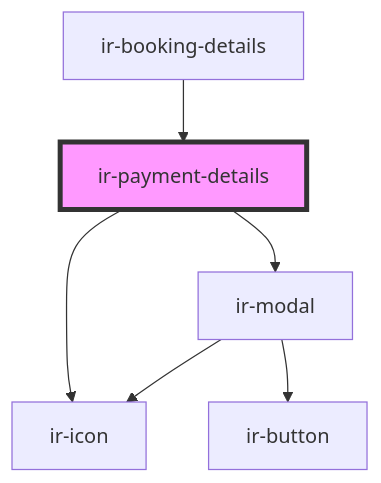
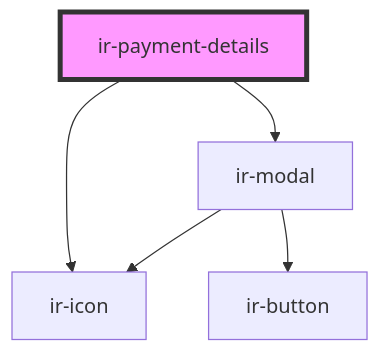
One commit to RonyRizk/ir-webcmp changed the diagram in src/components/ir-booking-details/ir-payment-details/readme.md. Above: the diagram before and after it, drawn with Mermaid. The commit also changed other lines of this file and 55 other files, not shown here.

````diff
--- a/src/components/ir-booking-details/ir-payment-details/readme.md
+++ b/src/components/ir-booking-details/ir-payment-details/readme.md
@@ -37,9 +33,8 @@
 ```mermaid
 graph TD;
   ir-payment-details --> ir-icon
   ir-payment-details --> ir-modal
   ir-modal --> ir-icon
   ir-modal --> ir-button
-  ir-booking-details --> ir-payment-details
   style ir-payment-details fill:#f9f,stroke:#333,stroke-width:4px
 ```
````
